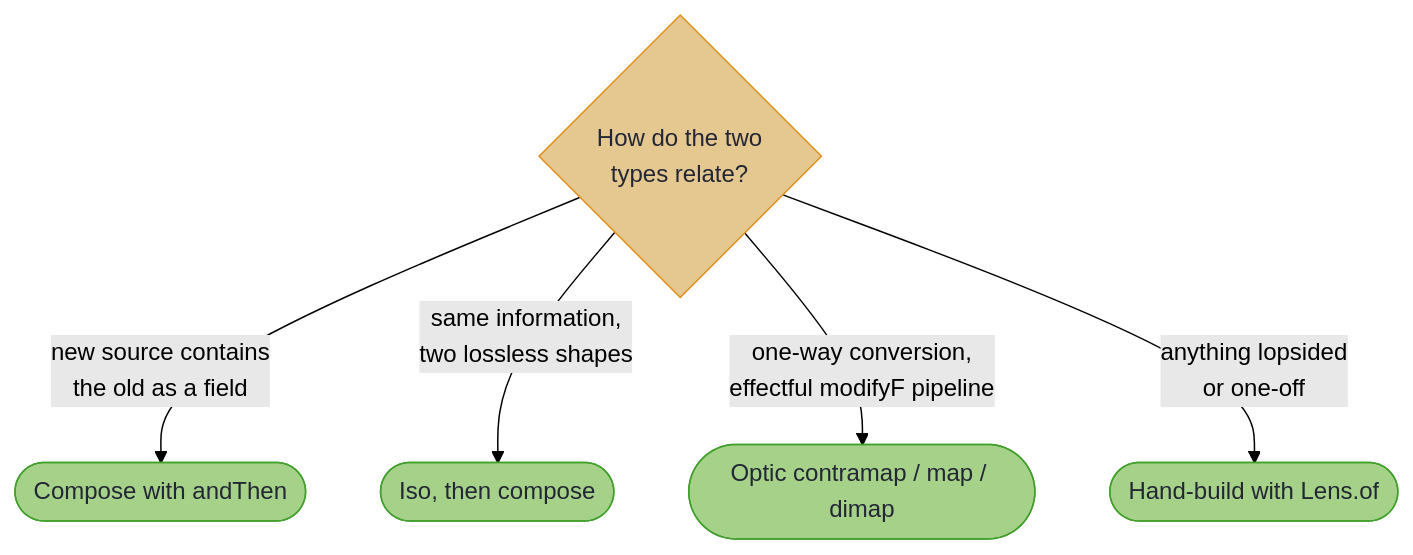
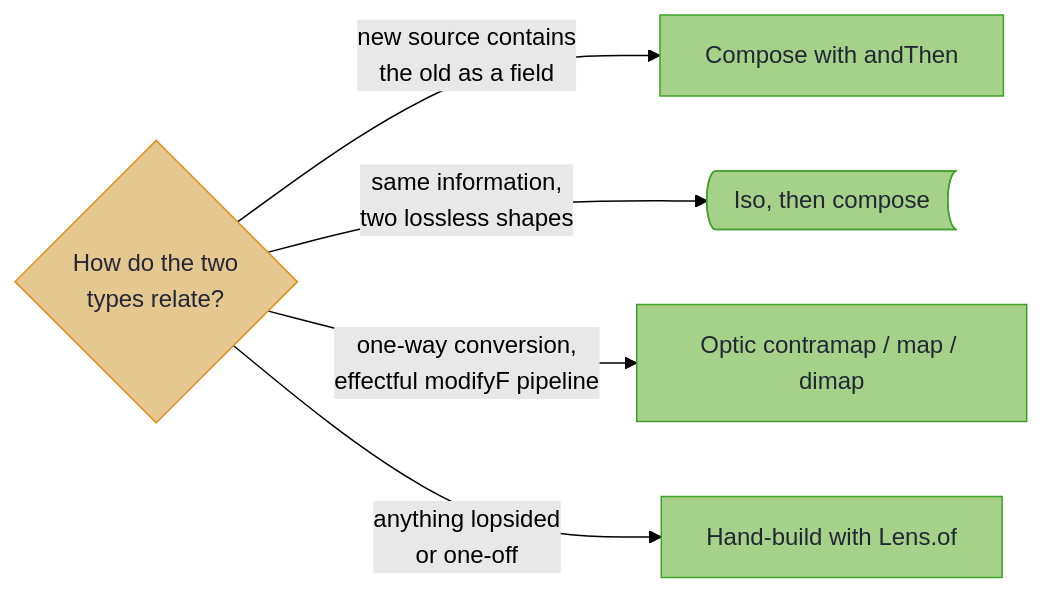
Before and after one commit to higher-kinded-j/higher-kinded-j.github.io: the diagram in latest/optics/profunctor_optics.md, drawn with Mermaid (forest theme). The commit also changed other lines of this file and 55 other files, not shown here.

````diff
--- a/latest/optics/profunctor_optics.md
+++ b/latest/optics/profunctor_optics.md
@@ -125,13 +125,17 @@
 ```mermaid
-flowchart TD
+flowchart LR
+    accTitle: Which adaptation to use
+    accDescr: When the new source contains the old one as a field, compose with andThen; when both types hold the same information in two lossless shapes, use an Iso and compose. A one-way conversion in an effectful modifyF pipeline takes the optic's contramap, map or dimap, and anything lopsided or one-off is hand-built with Lens.of.
     Q{"How do the two<br/>types relate?"}
-    Q -->|"new source contains<br/>the old as a field"| C(["Compose with andThen"])
-    Q -->|"same information,<br/>two lossless shapes"| I(["Iso, then compose"])
-    Q -->|"one-way conversion,<br/>effectful modifyF pipeline"| D(["Optic contramap / map / dimap"])
-    Q -->|"anything lopsided<br/>or one-off"| L(["Hand-build with Lens.of"])
+    Q -->|"new source contains<br/>the old as a field"| C["Compose with andThen"]
+    Q -->|"same information,<br/>two lossless shapes"| I@{ shape: bow-rect, label: "Iso, then compose" }
+    Q -->|"one-way conversion,<br/>effectful modifyF pipeline"| D["Optic contramap / map / dimap"]
+    Q -->|"anything lopsided<br/>or one-off"| L["Hand-build with Lens.of"]
 
     classDef decision fill:#e5c890,stroke:#df8e1d,color:#232634
     classDef tier fill:#a6d189,stroke:#40a02b,color:#232634
+    classDef rw fill:#a6d189,stroke:#40a02b,color:#232634
     class Q decision
-    class C,I,D,L tier
+    class C,D tier
+    class I,L rw
 ```
````
